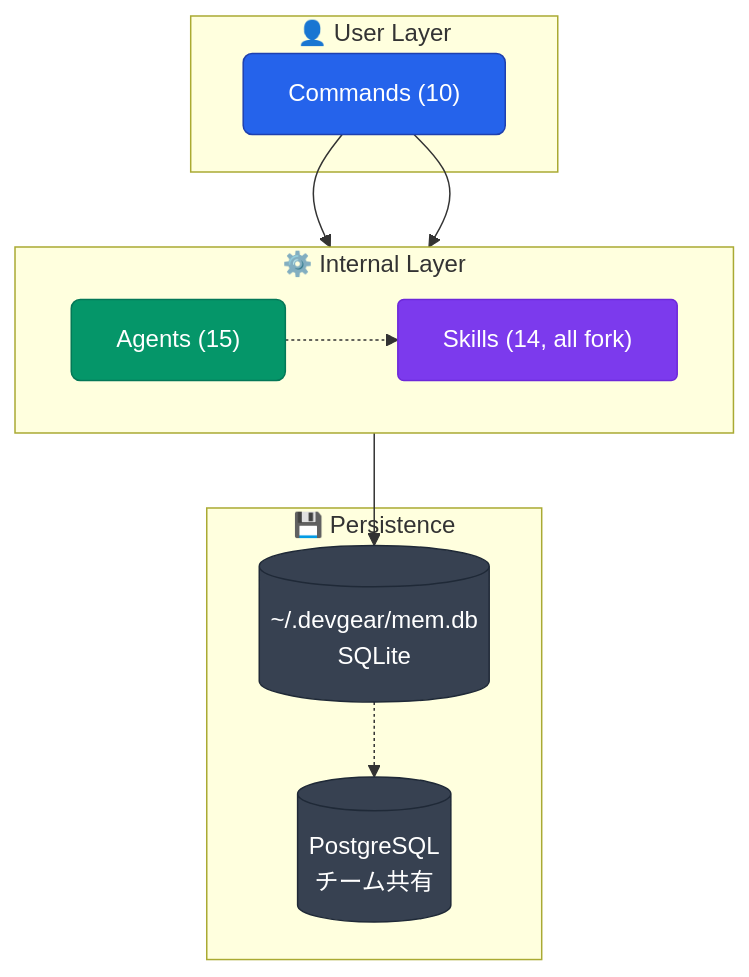
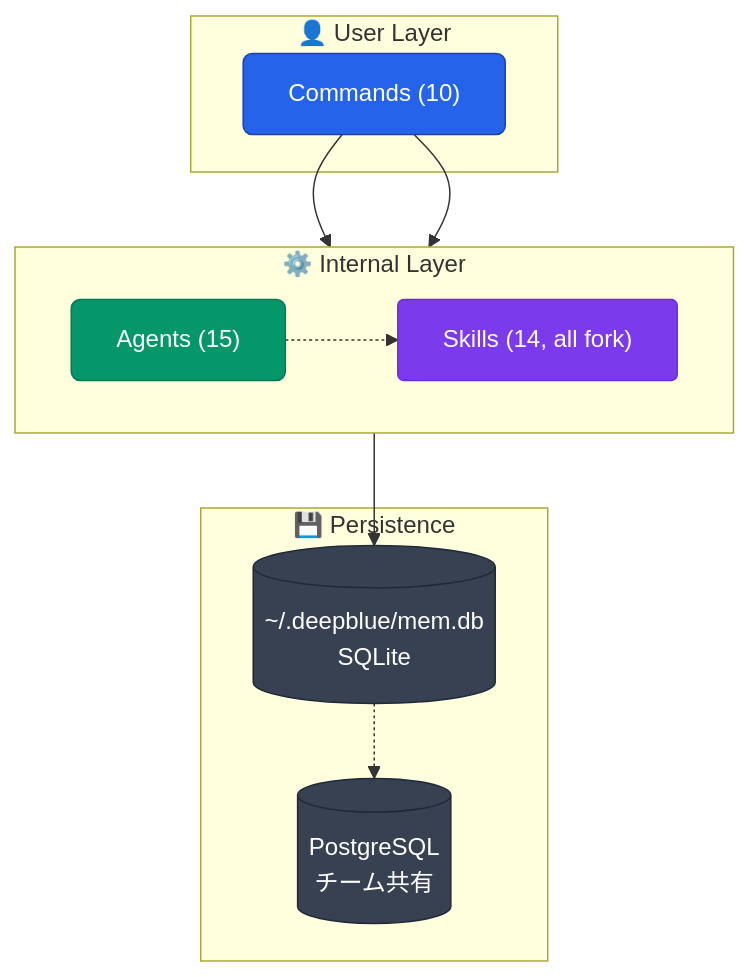
Before and after one commit to aokumablue/claq: diagram 12 of 12 in plugins/deepblue/README.md, drawn with Mermaid. The commit also changed other lines of this file and 241 other files, not shown here.

````diff
--- a/plugins/deepblue/README.md
+++ b/plugins/deepblue/README.md
@@ -302,28 +302,28 @@
 ```mermaid
 flowchart TB
   classDef cmd    fill:#2563eb,stroke:#1e40af,color:#fff,rx:6
   classDef agent  fill:#059669,stroke:#047857,color:#fff,rx:6
   classDef skill  fill:#7c3aed,stroke:#6d28d9,color:#fff,rx:4
   classDef store  fill:#374151,stroke:#1f2937,color:#fff,rx:4
 
   subgraph user["👤 User Layer"]
     CMD["Commands (10)"]:::cmd
   end
 
   subgraph internal["⚙️ Internal Layer"]
     direction LR
     AGT["Agents (15)"]:::agent
     SKL["Skills (14, all fork)"]:::skill
   end
 
   subgraph persistence["💾 Persistence"]
-    DB[("~/.devgear/mem.db\nSQLite")]:::store
+    DB[("~/.deepblue/mem.db\nSQLite")]:::store
     PG[("PostgreSQL\nチーム共有")]:::store
   end
 
   CMD --> AGT
   CMD --> SKL
   AGT -.-> SKL
   AGT --> DB
   DB -.-> PG
 ```
````
